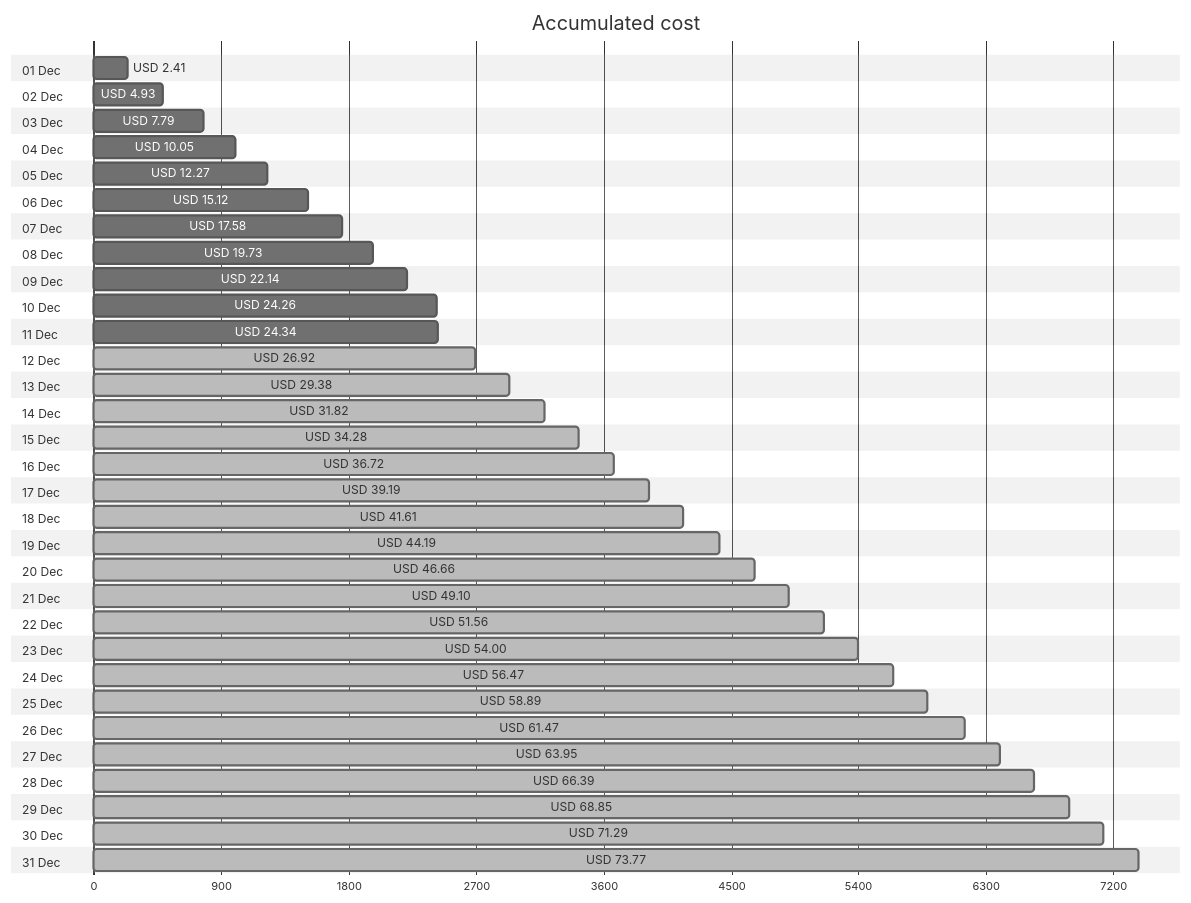
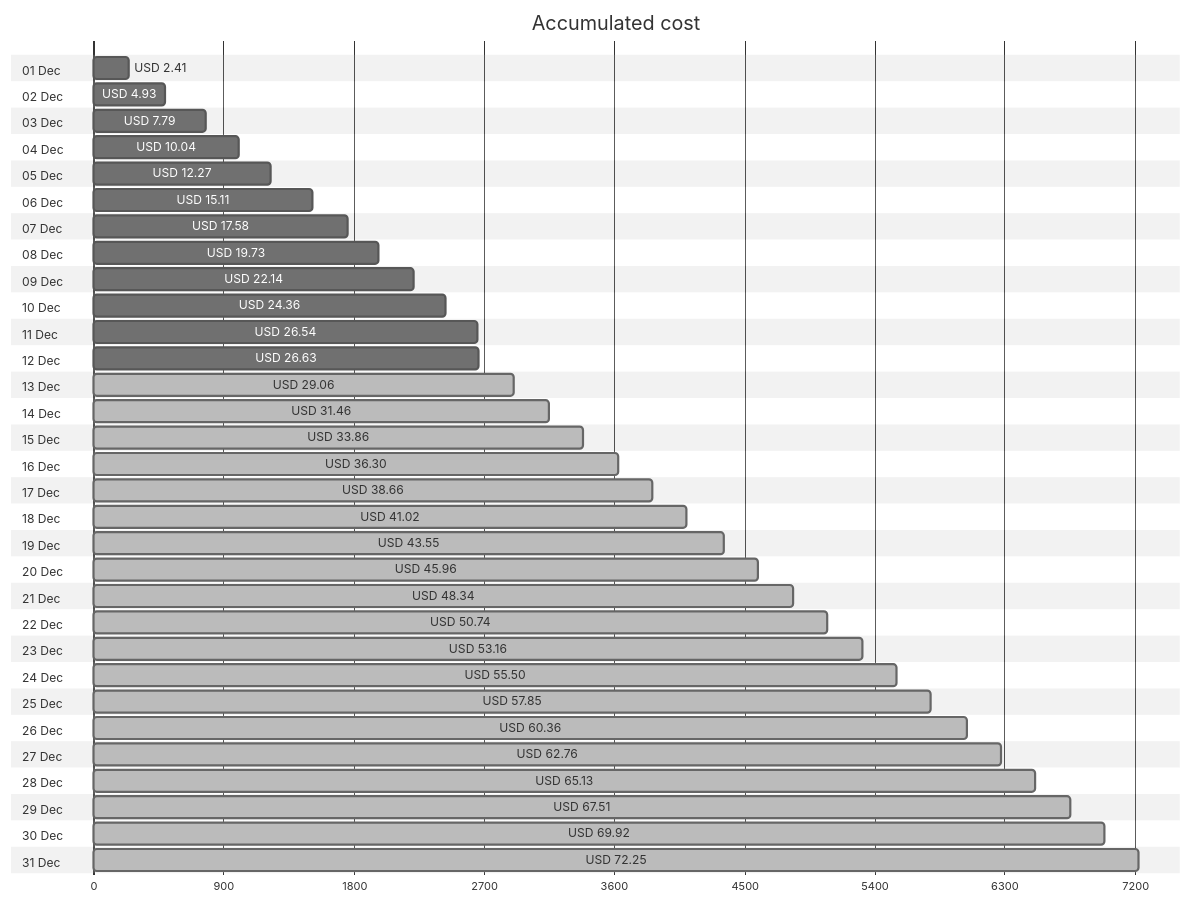
Before and after one commit to jpfulton/azure-personal-reports: the first of 4 diagrams in cost-reports/accumulated-cost.md, drawn with Mermaid (neutral theme). The commit also changed other lines of this file and 4 other files, not shown here.

````diff
--- a/cost-reports/accumulated-cost.md
+++ b/cost-reports/accumulated-cost.md
@@ -20,68 +20,68 @@
 ```mermaid
 gantt
    title Accumulated cost
    dateFormat  X
    axisFormat %s
    section 01 Dec
    USD 2.41 :0, 241
    section 02 Dec
    USD 4.93 :0, 493
    section 03 Dec
    USD 7.79 :0, 779
    section 04 Dec
-   USD 10.05 :0, 1005
+   USD 10.04 :0, 1004
    section 05 Dec
    USD 12.27 :0, 1227
    section 06 Dec
-   USD 15.12 :0, 1512
+   USD 15.11 :0, 1511
    section 07 Dec
    USD 17.58 :0, 1758
    section 08 Dec
    USD 19.73 :0, 1973
    section 09 Dec
    USD 22.14 :0, 2214
    section 10 Dec
-   USD 24.26 :0, 2426
+   USD 24.36 :0, 2436
    section 11 Dec
-   USD 24.34 :0, 2434
+   USD 26.54 :0, 2654
    section 12 Dec
-   USD 26.92 : done, 0, 2692
+   USD 26.63 :0, 2663
    section 13 Dec
-   USD 29.38 : done, 0, 2938
+   USD 29.06 : done, 0, 2906
    section 14 Dec
-   USD 31.82 : done, 0, 3182
+   USD 31.46 : done, 0, 3146
    section 15 Dec
-   USD 34.28 : done, 0, 3428
+   USD 33.86 : done, 0, 3386
    section 16 Dec
-   USD 36.72 : done, 0, 3672
+   USD 36.30 : done, 0, 3630
    section 17 Dec
-   USD 39.19 : done, 0, 3919
+   USD 38.66 : done, 0, 3866
    section 18 Dec
-   USD 41.61 : done, 0, 4161
+   USD 41.02 : done, 0, 4102
    section 19 Dec
-   USD 44.19 : done, 0, 4419
+   USD 43.55 : done, 0, 4355
    section 20 Dec
-   USD 46.66 : done, 0, 4666
+   USD 45.96 : done, 0, 4596
    section 21 Dec
-   USD 49.10 : done, 0, 4910
+   USD 48.34 : done, 0, 4834
    section 22 Dec
-   USD 51.56 : done, 0, 5156
+   USD 50.74 : done, 0, 5074
    section 23 Dec
-   USD 54.00 : done, 0, 5400
+   USD 53.16 : done, 0, 5316
    section 24 Dec
-   USD 56.47 : done, 0, 5647
+   USD 55.50 : done, 0, 5550
    section 25 Dec
-   USD 58.89 : done, 0, 5889
+   USD 57.85 : done, 0, 5785
    section 26 Dec
-   USD 61.47 : done, 0, 6147
+   USD 60.36 : done, 0, 6036
    section 27 Dec
-   USD 63.95 : done, 0, 6395
+   USD 62.76 : done, 0, 6276
    section 28 Dec
-   USD 66.39 : done, 0, 6639
+   USD 65.13 : done, 0, 6513
    section 29 Dec
-   USD 68.85 : done, 0, 6885
+   USD 67.51 : done, 0, 6751
    section 30 Dec
-   USD 71.29 : done, 0, 7129
+   USD 69.92 : done, 0, 6992
    section 31 Dec
-   USD 73.77 : done, 0, 7377
+   USD 72.25 : done, 0, 7225
 ```
````
